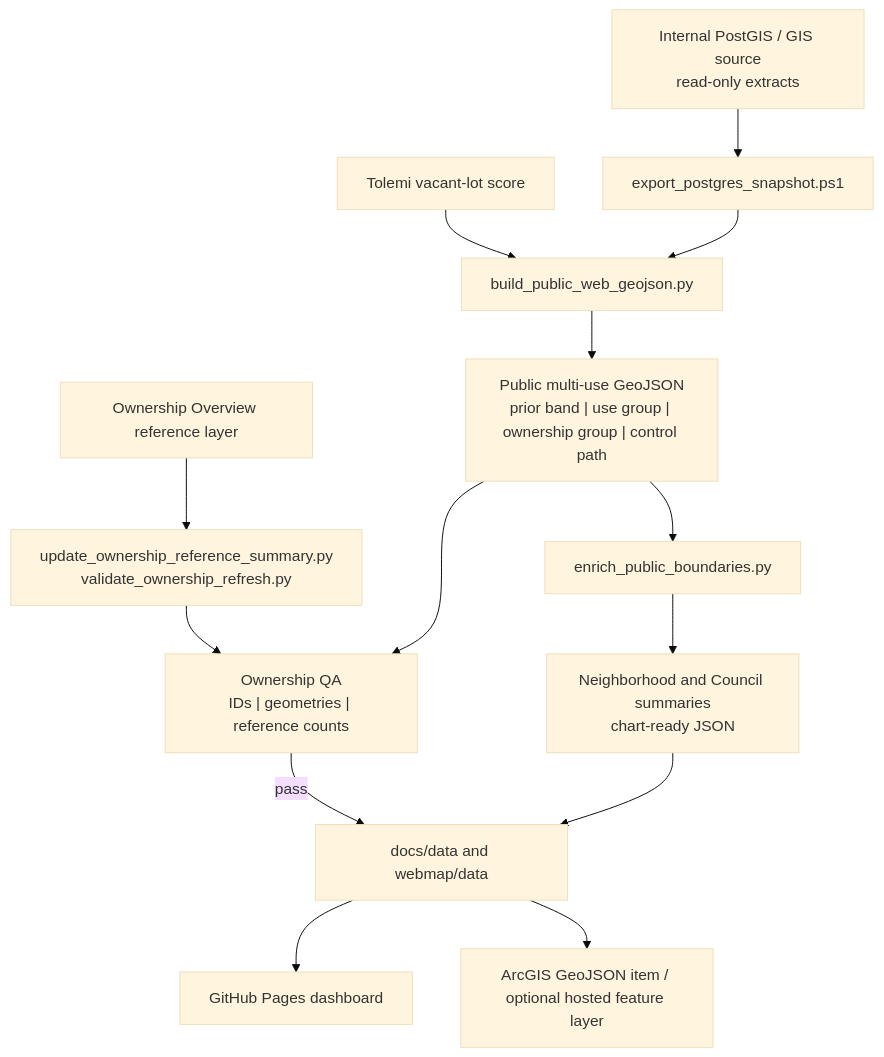
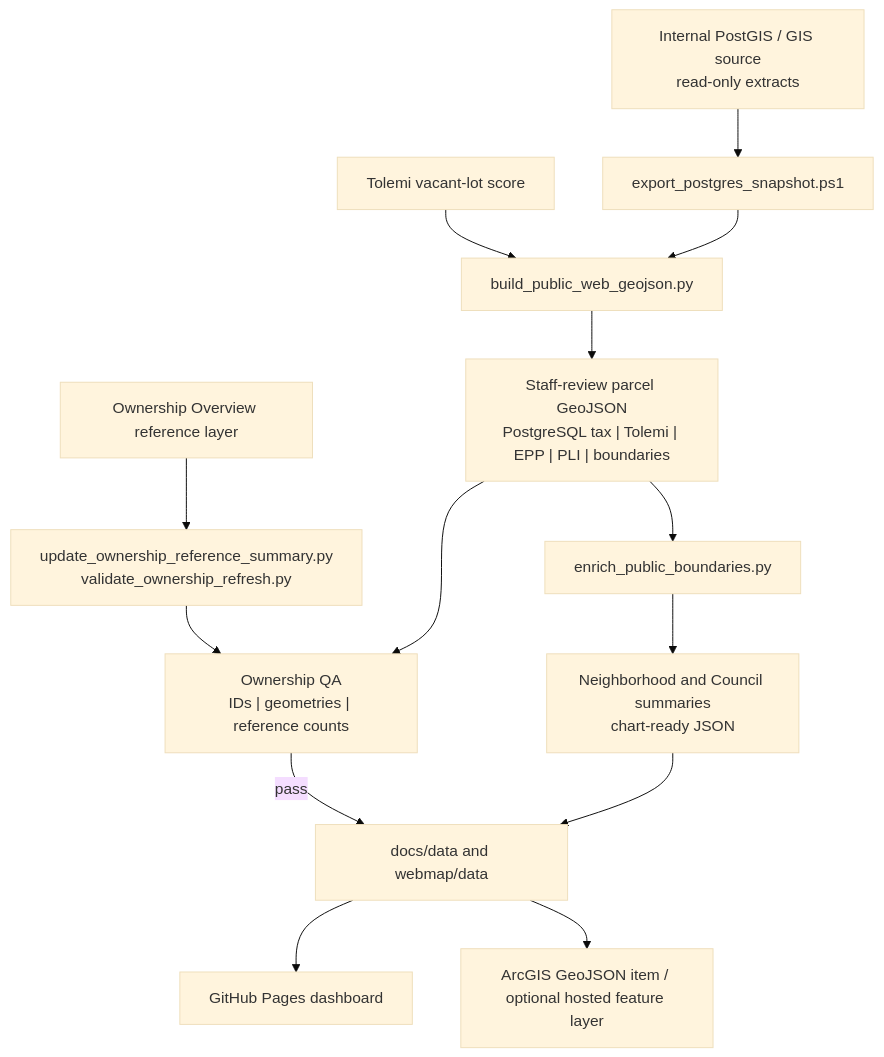
One commit to rutomo-ura/land_redevelopment_dashboard changed the second of 2 diagrams in README.md. Above: the diagram before and after it, drawn with Mermaid (base theme). The commit also changed other lines of this file and 16 other files, not shown here.

````diff
--- a/README.md
+++ b/README.md
@@ -63,16 +63,16 @@
 ```mermaid
 flowchart TD
     P["Internal PostGIS / GIS source\nread-only extracts"] --> E["export_postgres_snapshot.ps1"]
     T["Tolemi vacant-lot score"] --> B["build_public_web_geojson.py"]
     O["Ownership Overview reference layer"] --> OQ["update_ownership_reference_summary.py\nvalidate_ownership_refresh.py"]
     E --> B
-    B --> G["Public multi-use GeoJSON\nprior band | use group | ownership group | control path"]
+    B --> G["Staff-review parcel GeoJSON\nPostgreSQL tax | Tolemi | EPP | PLI | boundaries"]
     G --> X["enrich_public_boundaries.py"]
     X --> C["Neighborhood and Council summaries\nchart-ready JSON"]
     OQ --> QA["Ownership QA\nIDs | geometries | reference counts"]
     G --> QA
     QA -->|pass| PUB["docs/data and webmap/data"]
     C --> PUB
     PUB --> GH["GitHub Pages dashboard"]
     PUB --> AG["ArcGIS GeoJSON item / optional hosted feature layer"]
 ```
````
